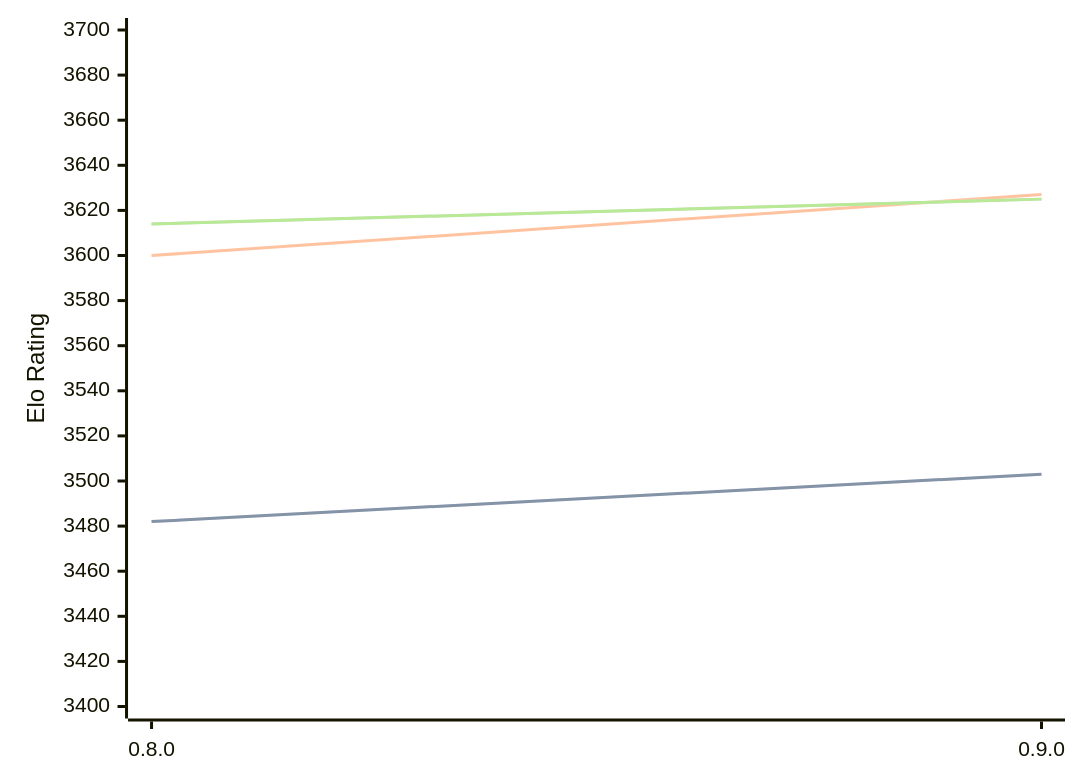
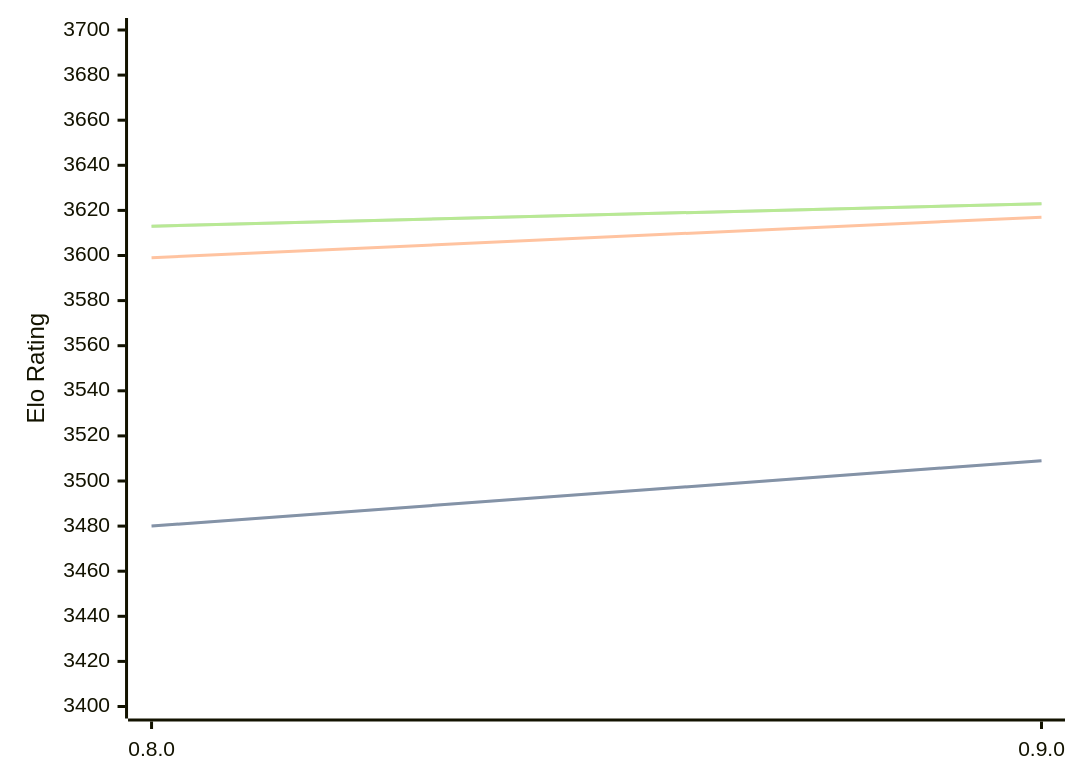
One commit to computer-chess-index/cci changed the diagram in engines/Reckless.md. Above: the diagram before and after it, drawn with Mermaid. The commit also changed other lines of this file, not shown here.

Commit message:
Update CCI Ratings (ELO VLTC) - 2026-03-08

````diff
--- a/engines/Reckless.md
+++ b/engines/Reckless.md
@@ -37,11 +37,11 @@
 ```mermaid
 %%{init: {"theme":"base","themeVariables":{"seriesColors:['#a3a3a3','#222221','#faa371']}}}%%
 xychart-beta
   x-axis ["0.8.0", "0.9.0"]
   y-axis "Elo Rating" 3400 --> 3700
-  line "STC (8.0+0.08s)" [3482, 3503]
-  line "STC (8.0+0.08s)" [3482, 3503]
-  line "LTC (60.0+0.60s)" [3600, 3627]
-  line "VLTC (2m24s+1.12s)" [3614, 3625]
-  line "VLTC (2m24s+1.12s)" [3614, 3625]
+  line "STC (8.0+0.08s)" [3480, 3509]
+  line "STC (8.0+0.08s)" [3480, 3509]
+  line "LTC (60.0+0.60s)" [3599, 3617]
+  line "VLTC (2m24s+1.12s)" [3613, 3623]
+  line "VLTC (2m24s+1.12s)" [3613, 3623]
 ```
````
